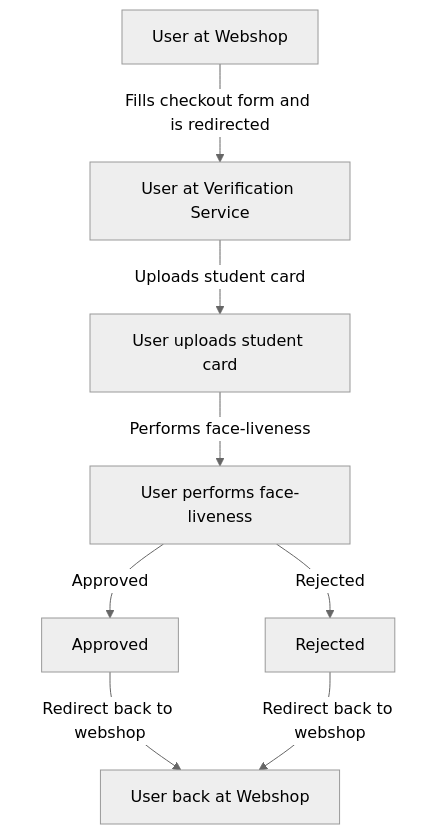
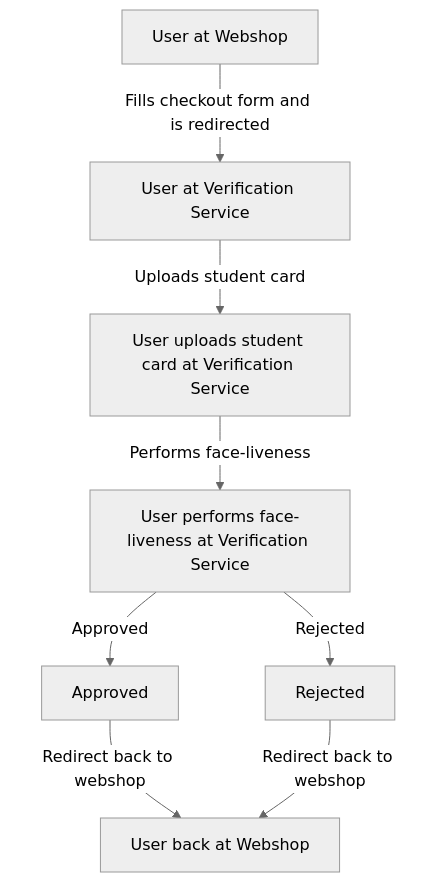
One commit to pierre-jezegou/kys changed the diagram in docs/DESIGN.md. Above: the diagram before and after it, drawn with Mermaid (neutral theme).

Commit message:
Elaborate on location

````diff
--- a/docs/DESIGN.md
+++ b/docs/DESIGN.md
@@ -18,18 +18,18 @@
 ```mermaid
 flowchart TB
     userAtWebshop[User at Webshop]
     userAtVerificationService[User at Verification Service]
-    userUploadsStudentCard[User uploads student card]
-    userPerformsFaceLiveness[User performs face-liveness]
+    userUploadsStudentCard[User uploads student card at Verification Service]
+    userPerformsFaceLiveness[User performs face-liveness at Verification Service]
     approved[Approved]
     rejected[Rejected]
     userBackAtWebshop[User back at Webshop]
 
     userAtWebshop -->|Fills checkout form and is redirected| userAtVerificationService
     userAtVerificationService -->|Uploads student card| userUploadsStudentCard
     userUploadsStudentCard -->|Performs face-liveness| userPerformsFaceLiveness
     userPerformsFaceLiveness -->|Approved| approved
     userPerformsFaceLiveness -->|Rejected| rejected
     approved -->|Redirect back to webshop| userBackAtWebshop
     rejected -->|Redirect back to webshop| userBackAtWebshop
 ```
````
